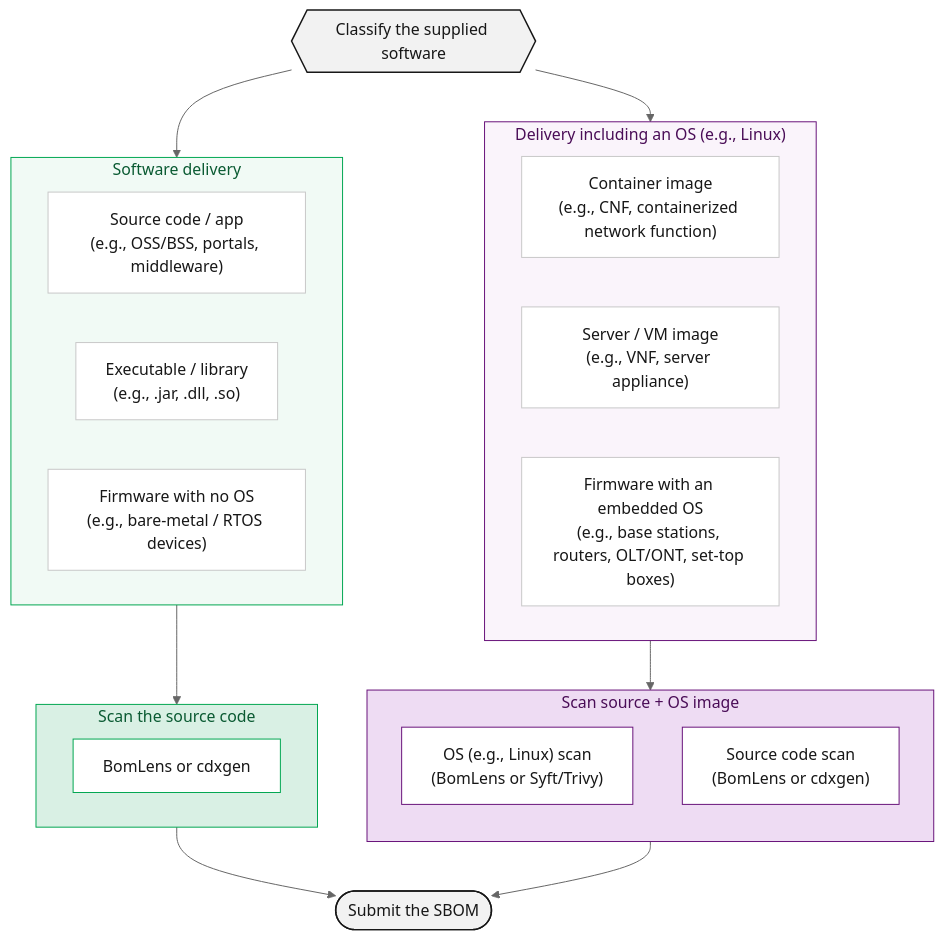
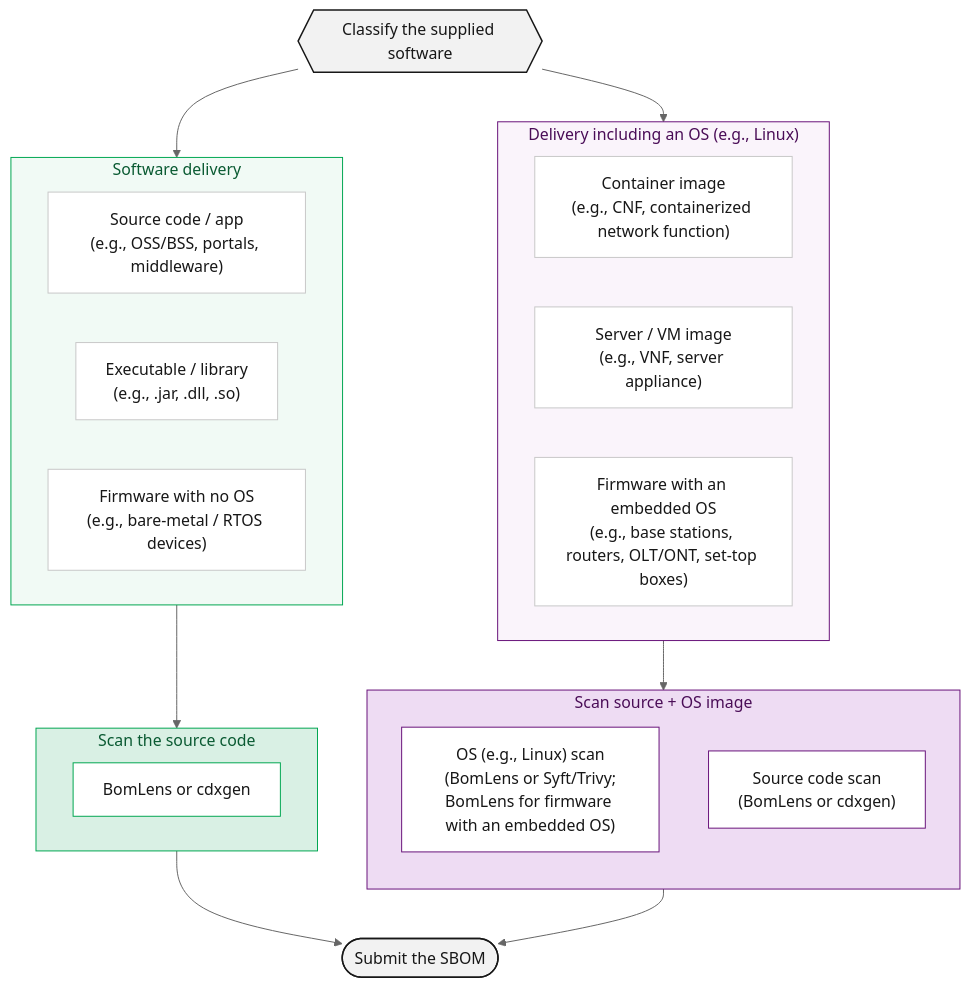
One commit to sktelecom/sktelecom.github.io changed the diagram in content/en/guide/supply-chain/for-suppliers/creation-guide/_index.md. Above: the diagram before and after it, drawn with Mermaid (neutral theme). The commit also changed other lines of this file and 1 other file, not shown here.

First line of the commit message:
docs(supply-chain): guide the OS layer of embedded-OS firmware to BomLens --firmware

````diff
--- a/content/en/guide/supply-chain/for-suppliers/creation-guide/_index.md
+++ b/content/en/guide/supply-chain/for-suppliers/creation-guide/_index.md
@@ -16,63 +16,63 @@
 ```mermaid
 graph TD
     A{{"Classify the supplied software"}}
 
     subgraph G1["Software delivery"]
       direction LR
       T1["Source code / app<br>(e.g., OSS/BSS, portals, middleware)"]
       T2["Executable / library<br>(e.g., .jar, .dll, .so)"]
       T3["Firmware with no OS<br>(e.g., bare-metal / RTOS devices)"]
     end
 
     subgraph G2["Delivery including an OS (e.g., Linux)"]
       direction LR
       T4["Container image<br>(e.g., CNF, containerized network function)"]
       T5["Server / VM image<br>(e.g., VNF, server appliance)"]
       T6["Firmware with an embedded OS<br>(e.g., base stations, routers, OLT/ONT, set-top boxes)"]
     end
 
     %% Left: source-code scan with an inner box
     subgraph M1["Scan the source code"]
       M1_Sub["BomLens or cdxgen"]
     end
 
     %% Right: source + OS image scan with inner boxes (stacked vertically)
     subgraph M2["Scan source + OS image"]
       direction TB
-      M2_Top["OS (e.g., Linux) scan<br>(BomLens or Syft/Trivy)"]
+      M2_Top["OS (e.g., Linux) scan<br>(BomLens or Syft/Trivy;<br>BomLens for firmware with an embedded OS)"]
       M2_Bottom["Source code scan<br>(BomLens or cdxgen)"]
     end
 
     A --> G1
     A --> G2
     
     %% Connect only to the group borders (one arrow per box)
     G1 --> M1
     G2 --> M2
     
     %% Groups flow to the next step
     M1 --> P(["Submit the SBOM"])
     M2 --> P
 
     classDef start fill:#F2F2F2,stroke:#171717,color:#171717,stroke-width:1.5px
     classDef typebox fill:#ffffff,stroke:#c8c8c8,color:#171717,stroke-width:1px
     classDef submit fill:#F2F2F2,stroke:#171717,color:#171717,stroke-width:1.5px
     
     %% White inner-box styles (left/right border colors)
     classDef subwhite_left fill:#ffffff,stroke:#00A651,color:#171717,stroke-width:1px
     classDef subwhite_right fill:#ffffff,stroke:#68127A,color:#171717,stroke-width:1px
 
     class A start
     class T1,T2,T3,T4,T5,T6 typebox
     class M1_Sub subwhite_left
     class M2_Top,M2_Bottom subwhite_right
     class P submit
 
     style G1 fill:#F1FAF5,stroke:#00A651,stroke-width:1px,color:#0A5A32
     style G2 fill:#FAF4FB,stroke:#68127A,stroke-width:1px,color:#4A0D57
     
     %% Outer group boxes keep their fill and border colors
     style M1 fill:#D9F0E4,stroke:#00A651,stroke-width:1px,color:#0A5A32
     style M2 fill:#EEDCF3,stroke:#68127A,stroke-width:1px,color:#4A0D57
 
 ```
````
